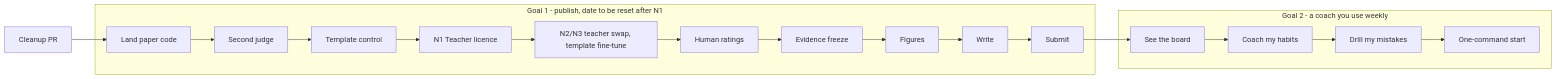
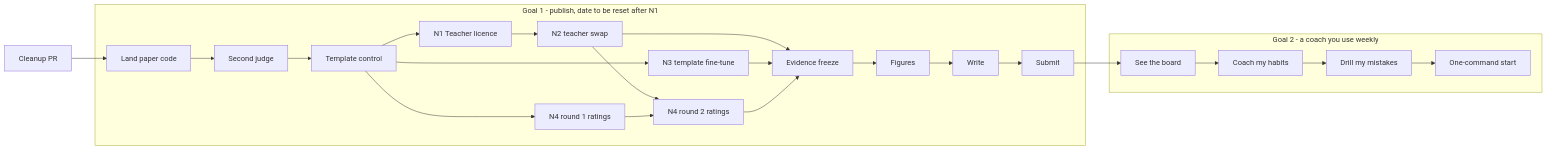
Before and after one commit to mishal9/AI-Chess-Coach: the diagram in PLAN.md, drawn with Mermaid. The commit also changed other lines of this file, not shown here.

First line of the commit message:
docs: run the licence, template fine-tune and first rating round in parallel

````diff
--- a/PLAN.md
+++ b/PLAN.md
@@ -104,11 +114,20 @@
 ```mermaid
 flowchart LR
     C[Cleanup PR] --> P1
     subgraph G1["Goal 1 - publish, date to be reset after N1"]
-      P1[Land paper code] --> P2[Second judge] --> T[Template control] --> N1[N1 Teacher licence] --> N3[N2/N3 teacher swap, template fine-tune] --> P3[Human ratings] --> P4[Evidence freeze] --> P5[Figures] --> P6[Write] --> P7[Submit]
+      P1[Land paper code] --> P2[Second judge] --> T[Template control]
+      T --> N1[N1 Teacher licence] --> N2[N2 teacher swap]
+      T --> N3[N3 template fine-tune]
+      T --> R1[N4 round 1 ratings]
+      N2 --> R2[N4 round 2 ratings]
+      R1 --> R2
+      N2 --> P4[Evidence freeze]
+      N3 --> P4
+      R2 --> P4
+      P4 --> P5[Figures] --> P6[Write] --> P7[Submit]
     end
     P7 --> A1
     subgraph G2["Goal 2 - a coach you use weekly"]
       A1[See the board] --> A2[Coach my habits] --> A3[Drill my mistakes] --> A4[One-command start]
     end
 ```
````
